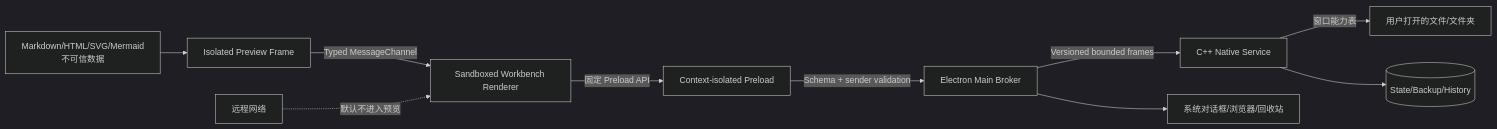
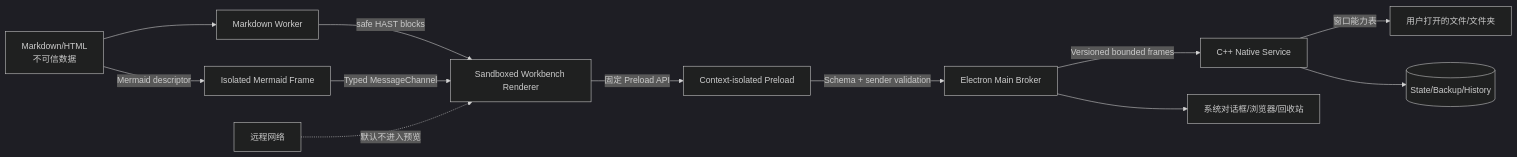
One commit to FormingSystem/linux_note changed the diagram in tools/practice_tool/docs/architecture/engineering/desktop_runtime_security_and_threat_model.md. Above: the diagram before and after it, drawn with Mermaid (dark theme). The commit also changed other lines of this file and 92 other files, not shown here.

````diff
--- a/tools/practice_tool/docs/architecture/engineering/desktop_runtime_security_and_threat_model.md
+++ b/tools/practice_tool/docs/architecture/engineering/desktop_runtime_security_and_threat_model.md
@@ -28,12 +28,14 @@
 ```mermaid
 flowchart LR
-    DOC[Markdown/HTML/SVG/Mermaid<br/>不可信数据] --> V[Isolated Preview Frame]
-    V -->|Typed MessageChannel| R[Sandboxed Workbench Renderer]
+    DOC[Markdown/HTML<br/>不可信数据] --> W[Markdown Worker]
+    W -->|safe HAST blocks| R[Sandboxed Workbench Renderer]
+    DOC -->|Mermaid descriptor| V[Isolated Mermaid Frame]
+    V -->|Typed MessageChannel| R
     R -->|固定 Preload API| P[Context-isolated Preload]
     P -->|Schema + sender validation| M[Electron Main Broker]
     M -->|Versioned bounded frames| N[C++ Native Service]
     N -->|窗口能力表| FS[用户打开的文件/文件夹]
     N --> APP[(State/Backup/History)]
     M --> OS[系统对话框/浏览器/回收站]
     NET[远程网络] -.默认不进入预览.-> R
 ```
````
